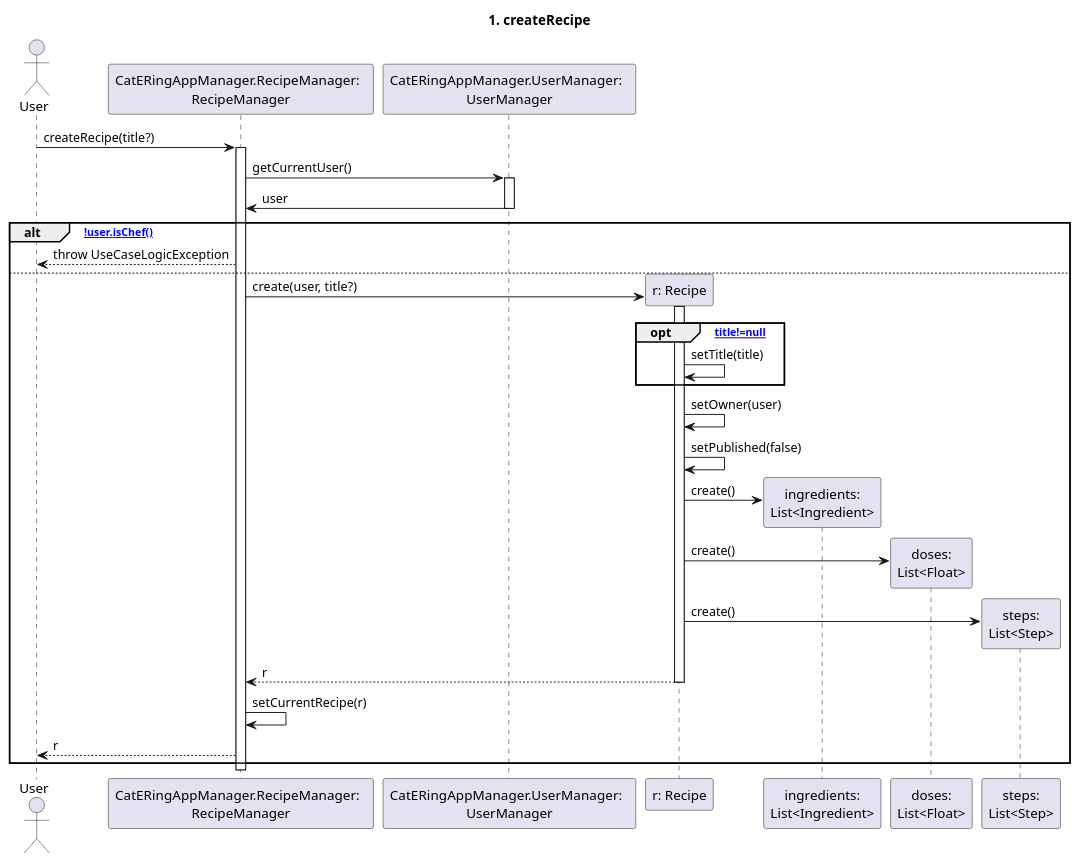
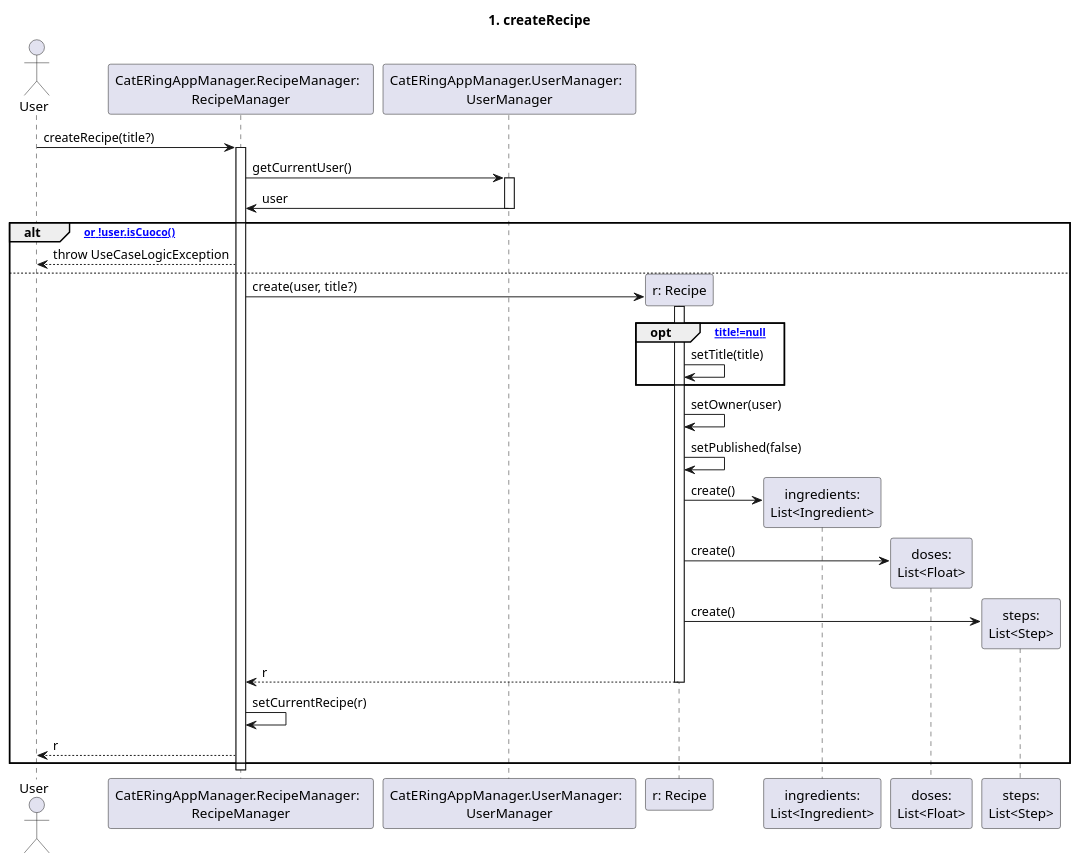
Before and after one commit to m0canu1/sas: the diagram in dsd/dsd-ricette/1-createRecipe.md, drawn with PlantUML. The commit also changed 6 other files, not shown here.

````diff
--- a/dsd/dsd-ricette/1-createRecipe.md
+++ b/dsd/dsd-ricette/1-createRecipe.md
@@ -1,40 +1,40 @@
 ```plantuml
 
 title: DSD per "Gestire ricette"
 title: 1. createRecipe
 Actor User
 Participant "CatERingAppManager.RecipeManager:  \nRecipeManager" as RM
 Participant "CatERingAppManager.UserManager:  \nUserManager" as UM
 
 User -> RM:createRecipe(title?)
 activate RM
 RM -> UM:getCurrentUser()
 activate UM
 UM -> RM :user
 deactivate UM
 
-alt [!user.isChef()]
+alt [!user.isChef() or !user.isCuoco()]
     RM --> User:throw UseCaseLogicException
 else 
     create "r: Recipe"
     RM -> "r: Recipe":create(user, title?)
     activate "r: Recipe"
     opt [title!=null]
         "r: Recipe" -> "r: Recipe":setTitle(title)
     end
     "r: Recipe" -> "r: Recipe":setOwner(user)
     "r: Recipe" -> "r: Recipe":setPublished(false)
     create "ingredients:\nList<Ingredient>"
     "r: Recipe" -> "ingredients:\nList<Ingredient>":create()
     create "doses:\nList<Float>"
     "r: Recipe" -> "doses:\nList<Float>":create()
     create "steps:\nList<Step>"
     "r: Recipe" -> "steps:\nList<Step>":create()
     "r: Recipe" --> RM : r
     deactivate "r: Recipe"
     RM -> RM :setCurrentRecipe(r)
     RM --> User:r
 end
     deactivate RM
 
 ```
````
